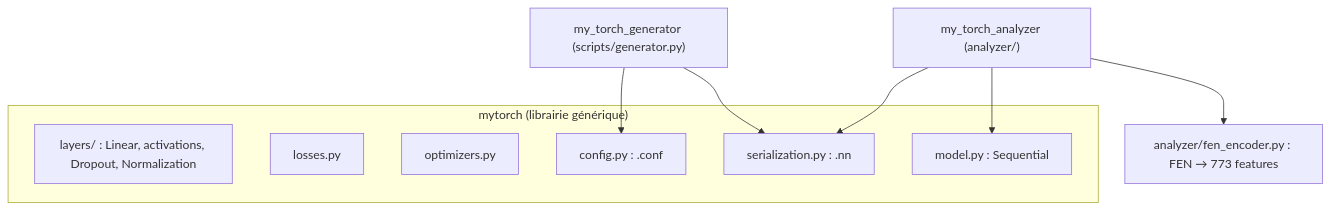
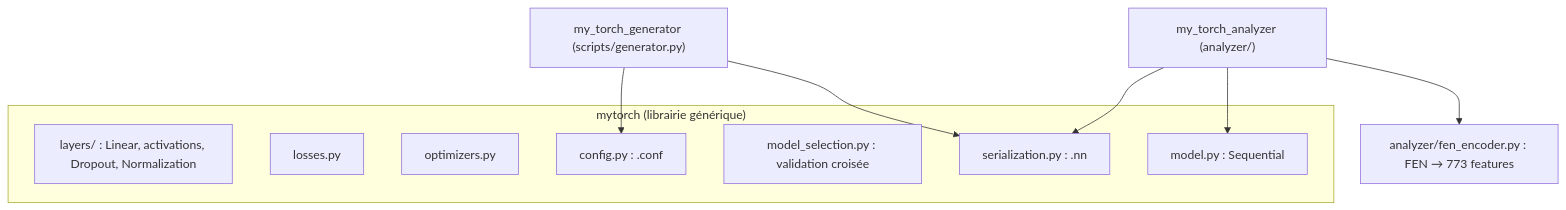
One commit to LeJih8-24/OurTorch changed the first of 2 diagrams in docs/01-vue-d-ensemble.md. Above: the diagram before and after it, drawn with Mermaid. The commit also changed 9 other files, not shown here.

````diff
--- a/docs/01-vue-d-ensemble.md
+++ b/docs/01-vue-d-ensemble.md
@@ -28,16 +28,17 @@
 ```mermaid
 flowchart TB
     subgraph lib["mytorch (librairie générique)"]
         L["layers/ : Linear, activations, Dropout, Normalization"]
         LO["losses.py"]
         O["optimizers.py"]
         M["model.py : Sequential"]
+        MS["model_selection.py : validation croisée"]
         C["config.py : .conf"]
         S["serialization.py : .nn"]
     end
     G["my_torch_generator (scripts/generator.py)"] --> C
     G --> S
     A["my_torch_analyzer (analyzer/)"] --> S
     A --> M
     A --> F["analyzer/fen_encoder.py : FEN → 773 features"]
 ```
````
